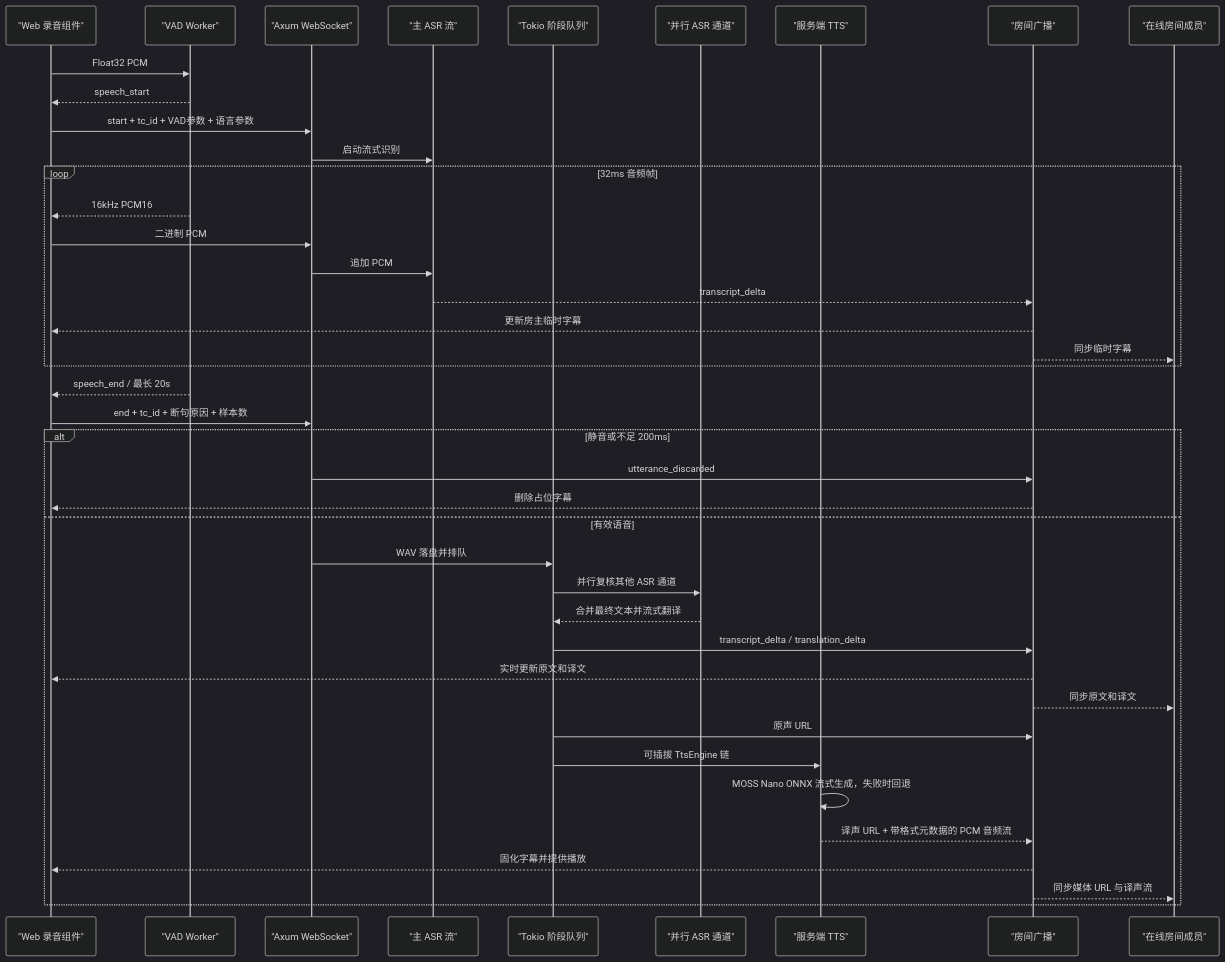
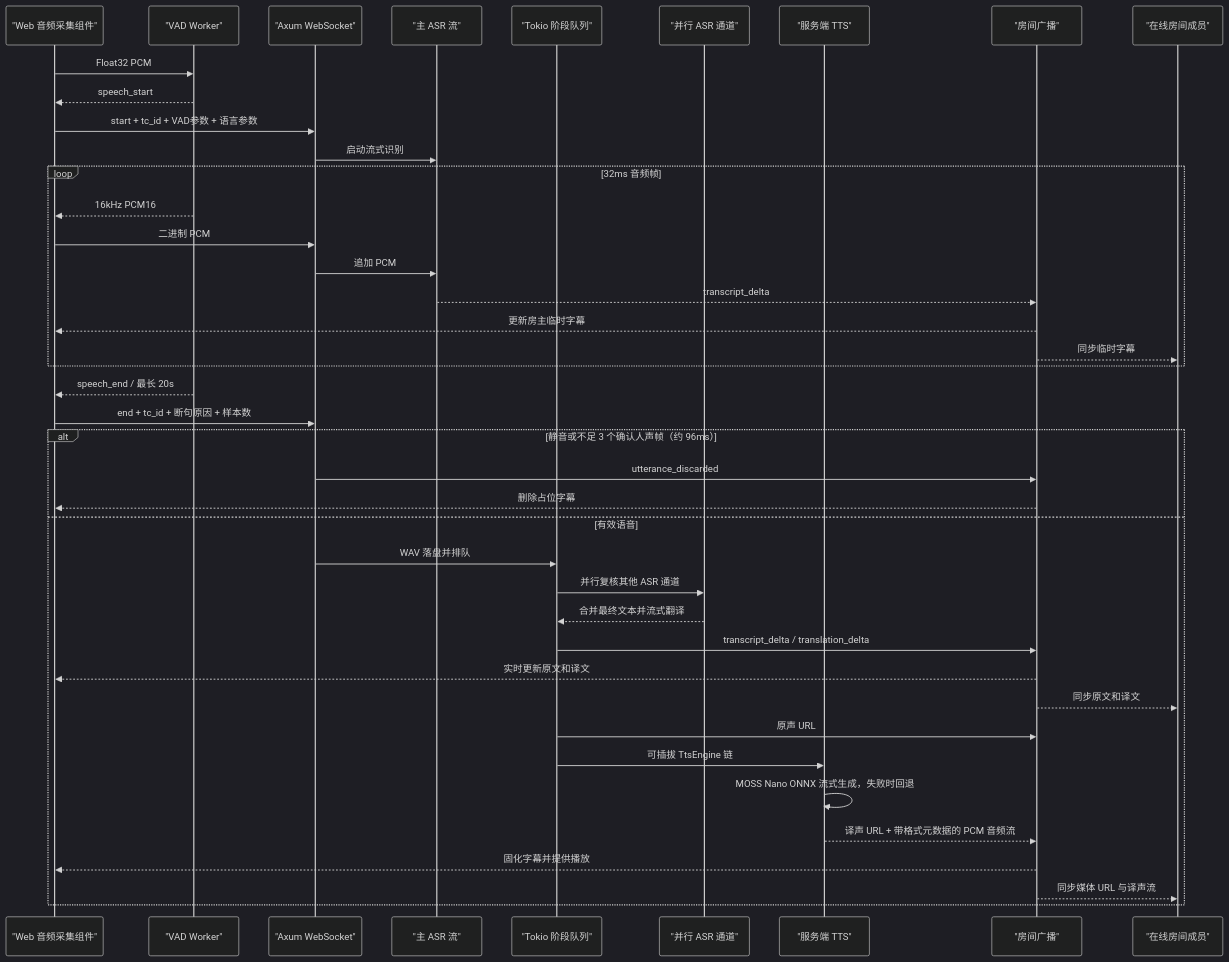
Before and after one commit to skeyboy/voice-elf: the diagram in docs/browser-vad-architecture.md, drawn with Mermaid (dark theme). The commit also changed other lines of this file and 33 other files, not shown here.

````diff
--- a/docs/browser-vad-architecture.md
+++ b/docs/browser-vad-architecture.md
@@ -5,44 +5,44 @@
 ```mermaid
 sequenceDiagram
-    participant Web as "Web 录音组件"
+    participant Web as "Web 音频采集组件"
     participant VAD as "VAD Worker"
     participant GW as "Axum WebSocket"
     participant Live as "主 ASR 流"
     participant Queue as "Tokio 阶段队列"
     participant ASR as "并行 ASR 通道"
     participant TTS as "服务端 TTS"
     participant Push as "房间广播"
     participant Members as "在线房间成员"
 
     Web->>VAD: Float32 PCM
     VAD-->>Web: speech_start
     Web->>GW: start + tc_id + VAD参数 + 语言参数
     GW->>Live: 启动流式识别
     loop 32ms 音频帧
         VAD-->>Web: 16kHz PCM16
         Web->>GW: 二进制 PCM
         GW->>Live: 追加 PCM
         Live-->>Push: transcript_delta
         Push-->>Web: 更新房主临时字幕
         Push-->>Members: 同步临时字幕
     end
     VAD-->>Web: speech_end / 最长 20s
     Web->>GW: end + tc_id + 断句原因 + 样本数
-    alt 静音或不足 200ms
+    alt 静音或不足 3 个确认人声帧（约 96ms）
         GW->>Push: utterance_discarded
         Push-->>Web: 删除占位字幕
     else 有效语音
         GW->>Queue: WAV 落盘并排队
         Queue->>ASR: 并行复核其他 ASR 通道
         ASR-->>Queue: 合并最终文本并流式翻译
         Queue->>Push: transcript_delta / translation_delta
         Push-->>Web: 实时更新原文和译文
         Push-->>Members: 同步原文和译文
         Queue->>Push: 原声 URL
         Queue->>TTS: 可插拔 TtsEngine 链
         TTS->>TTS: MOSS Nano ONNX 流式生成，失败时回退
         TTS-->>Push: 译声 URL + 带格式元数据的 PCM 音频流
         Push-->>Web: 固化字幕并提供播放
         Push-->>Members: 同步媒体 URL 与译声流
     end
 ```
````
